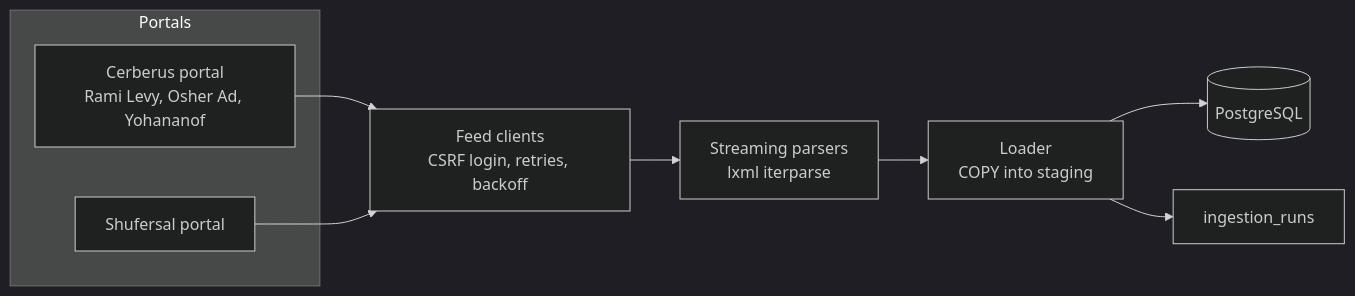
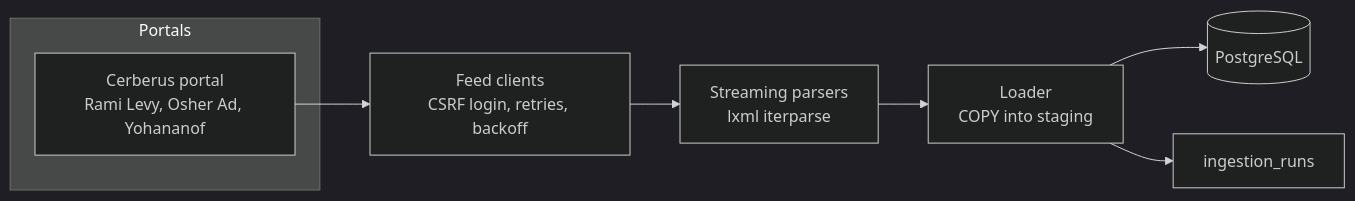
One commit to SaharHalili95/price-comparison-platform changed the first of 2 diagrams in README.md. Above: the diagram before and after it, drawn with Mermaid (dark theme). The commit also changed other lines of this file and 8 other files, not shown here.

````diff
--- a/README.md
+++ b/README.md
@@ -61,16 +60,14 @@
 ```mermaid
 flowchart LR
     subgraph Portals
         C[Cerberus portal<br/>Rami Levy, Osher Ad, Yohananof]
-        S[Shufersal portal]
     end
     F[Feed clients<br/>CSRF login, retries, backoff]
     P[Streaming parsers<br/>lxml iterparse]
     L[Loader<br/>COPY into staging]
     DB[(PostgreSQL)]
     R[ingestion_runs]
     C --> F
-    S --> F
     F --> P --> L --> DB
     L --> R
 ```
````
